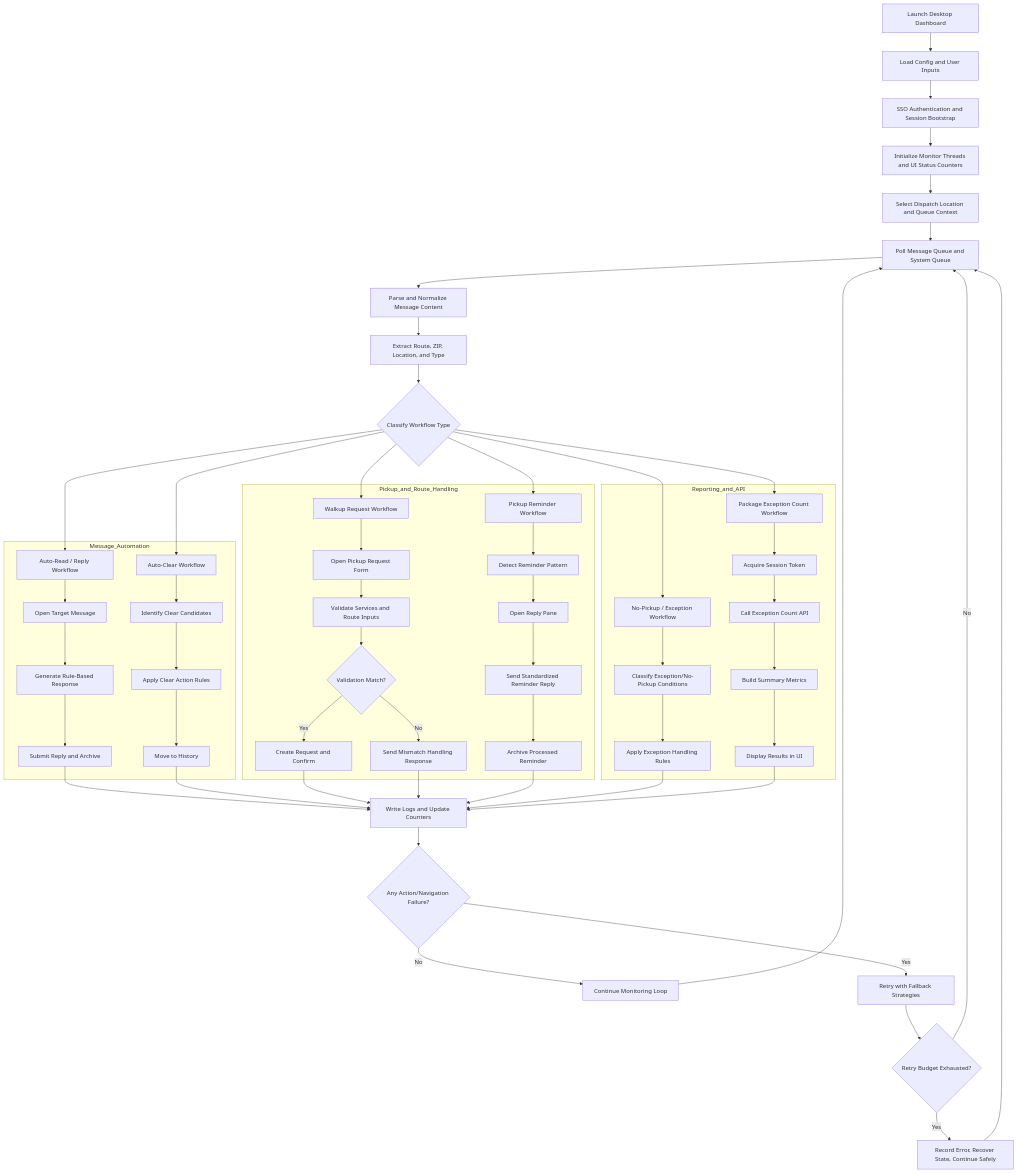
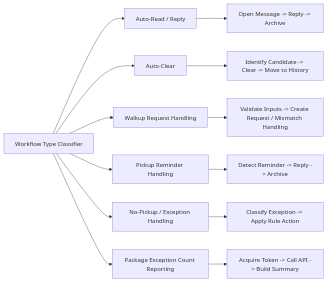
Before and after one commit to THESWLLC/ROUTR: the second of 3 diagrams in README.md, drawn with Mermaid. The commit also changed other lines of this file, not shown here.

Commit message:
Split flowchart into three readable diagrams.
Replace the single dense process chart with separate operational, capability-branch, and resilience/recovery flows for clearer reviewer scanning.

Made-with: Cursor

````diff
--- a/README.md
+++ b/README.md
@@ -95,70 +112,16 @@
 ```mermaid
-flowchart TD
-    A[Launch Desktop Dashboard] --> B[Load Config and User Inputs]
-    B --> C[SSO Authentication and Session Bootstrap]
-    C --> D[Initialize Monitor Threads and UI Status Counters]
+flowchart LR
+    A[Workflow Type Classifier] --> B[Auto-Read / Reply]
+    A --> C[Auto-Clear]
+    A --> D[Walkup Request Handling]
+    A --> E[Pickup Reminder Handling]
+    A --> F[No-Pickup / Exception Handling]
+    A --> G[Package Exception Count Reporting]
 
-    D --> E[Select Dispatch Location and Queue Context]
-    E --> F[Poll Message Queue and System Queue]
-    F --> G[Parse and Normalize Message Content]
-    G --> H[Extract Route, ZIP, Location, and Type]
-    H --> I{Classify Workflow Type}
-
-    I --> J[Auto-Read / Reply Workflow]
-    I --> K[Auto-Clear Workflow]
-    I --> L[Walkup Request Workflow]
-    I --> M[Pickup Reminder Workflow]
-    I --> N[No-Pickup / Exception Workflow]
-    I --> O[Package Exception Count Workflow]
-
-    subgraph Message_Automation
-      J --> J1[Open Target Message]
-      J1 --> J2[Generate Rule-Based Response]
-      J2 --> J3[Submit Reply and Archive]
-
-      K --> K1[Identify Clear Candidates]
-      K1 --> K2[Apply Clear Action Rules]
-      K2 --> K3[Move to History]
-    end
-
-    subgraph Pickup_and_Route_Handling
-      L --> L1[Open Pickup Request Form]
-      L1 --> L2[Validate Services and Route Inputs]
-      L2 --> L3{Validation Match?}
-      L3 -- Yes --> L4[Create Request and Confirm]
-      L3 -- No --> L5[Send Mismatch Handling Response]
-
-      M --> M1[Detect Reminder Pattern]
-      M1 --> M2[Open Reply Pane]
-      M2 --> M3[Send Standardized Reminder Reply]
-      M3 --> M4[Archive Processed Reminder]
-    end
-
-    subgraph Reporting_and_API
-      N --> N1[Classify Exception/No-Pickup Conditions]
-      N1 --> N2[Apply Exception Handling Rules]
-
-      O --> O1[Acquire Session Token]
-      O1 --> O2[Call Exception Count API]
-      O2 --> O3[Build Summary Metrics]
-      O3 --> O4[Display Results in UI]
-    end
-
-    J3 --> P[Write Logs and Update Counters]
-    K3 --> P
-    L4 --> P
-    L5 --> P
-    M4 --> P
-    N2 --> P
-    O4 --> P
-
-    P --> Q{Any Action/Navigation Failure?}
-    Q -- No --> R[Continue Monitoring Loop]
-    Q -- Yes --> S[Retry with Fallback Strategies]
-    S --> T{Retry Budget Exhausted?}
-    T -- No --> F
-    T -- Yes --> U[Record Error, Recover State, Continue Safely]
-
-    R --> F
-    U --> F
+    B --> B1[Open Message -> Reply -> Archive]
+    C --> C1[Identify Candidate -> Clear -> Move to History]
+    D --> D1[Validate Inputs -> Create Request / Mismatch Handling]
+    E --> E1[Detect Reminder -> Reply -> Archive]
+    F --> F1[Classify Exception -> Apply Rule Action]
+    G --> G1[Acquire Token -> Call API -> Build Summary]
 ```
````
